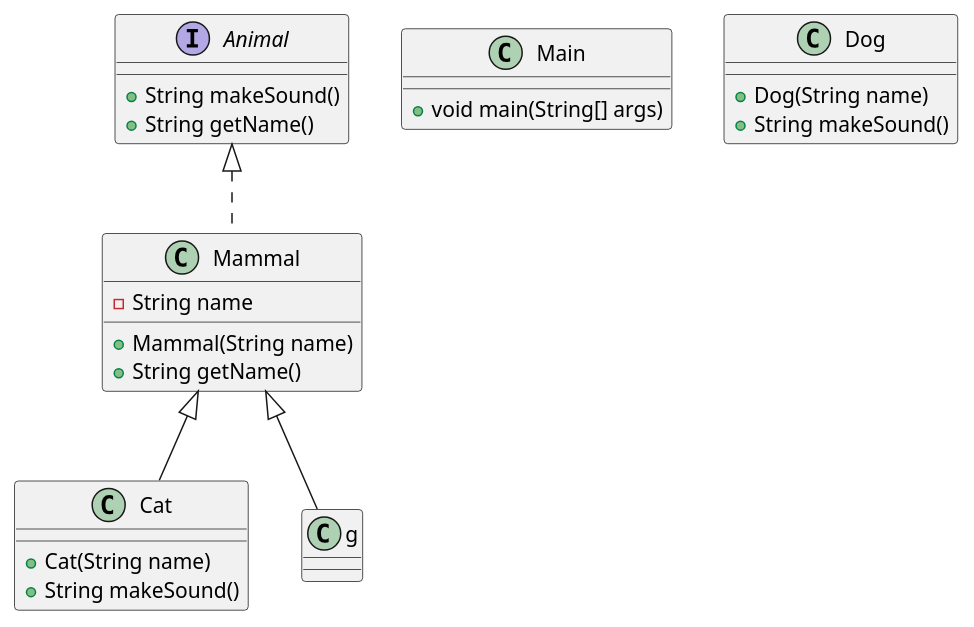
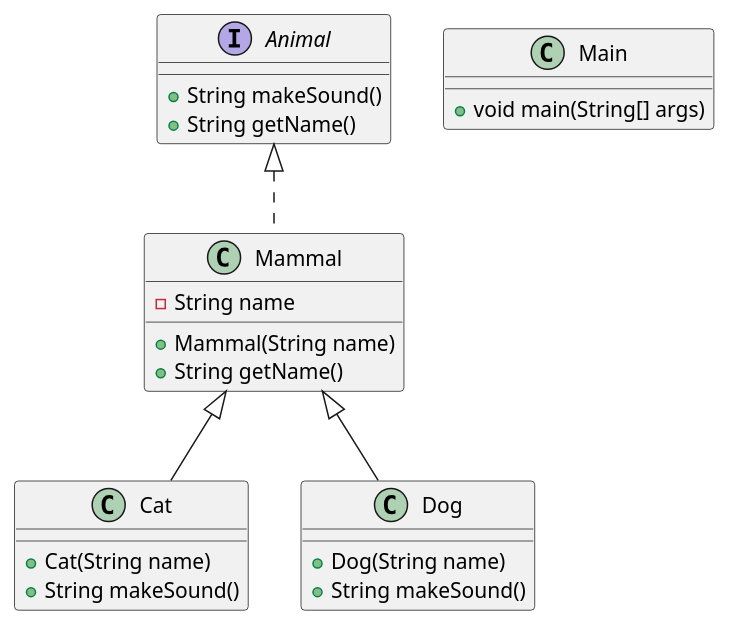
One commit to kifriosse/astfri changed the diagram in libastfri-java/resources/uml.puml. Above: the diagram before and after it, drawn with PlantUML. The commit also changed 3 other files, not shown here.

```diff
--- a/libastfri-java/resources/uml.puml
+++ b/libastfri-java/resources/uml.puml
@@ -1,25 +1,25 @@
-@startuml Mammal
+@startuml UMLDiagram
 class Mammal {
 + Mammal(String name)
 -String name
 +String getName()
 }
 class Main {
 +void main(String[] args)
 }
 class Cat {
 + Cat(String name)
 +String makeSound()
 }
 class Dog {
 + Dog(String name)
 +String makeSound()
 }
 interface Animal {
 +String makeSound()
 +String getName()
 }
-Animal<|..Mammal
-Mammal<|--Cat
-Mammal<|--Dog
+Mammal <|-- Cat
+Mammal <|-- Dog
+Animal <|.. Mammal
 @enduml
```
